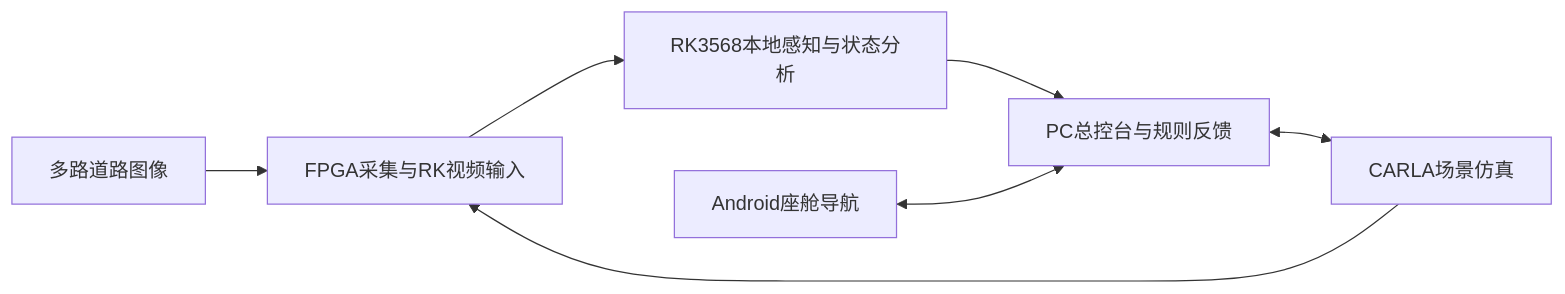
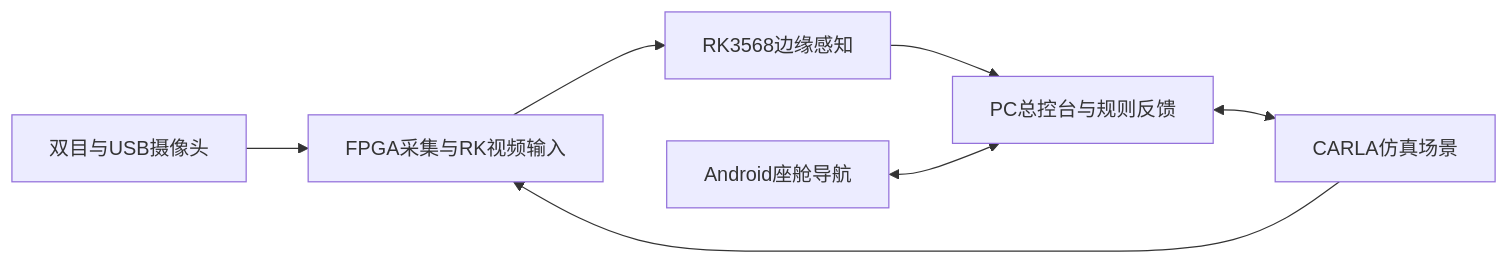
The diagram in README.md (zhbsyy/zhimou-adas), drawn with Mermaid before and after one commit. The commit also changed other lines of this file and 86 other files, not shown here.

````diff
--- a/README.md
+++ b/README.md
@@ -17,9 +13,9 @@
 ```mermaid
 flowchart LR
-    A[多路道路图像] --> B[FPGA采集与RK视频输入]
-    B --> C[RK3568本地感知与状态分析]
+    A[双目与USB摄像头] --> B[FPGA采集与RK视频输入]
+    B --> C[RK3568边缘感知]
     C --> D[PC总控台与规则反馈]
     E[Android座舱导航] <--> D
-    D <--> F[CARLA场景仿真]
+    D <--> F[CARLA仿真场景]
     F --> B
 ```
````
